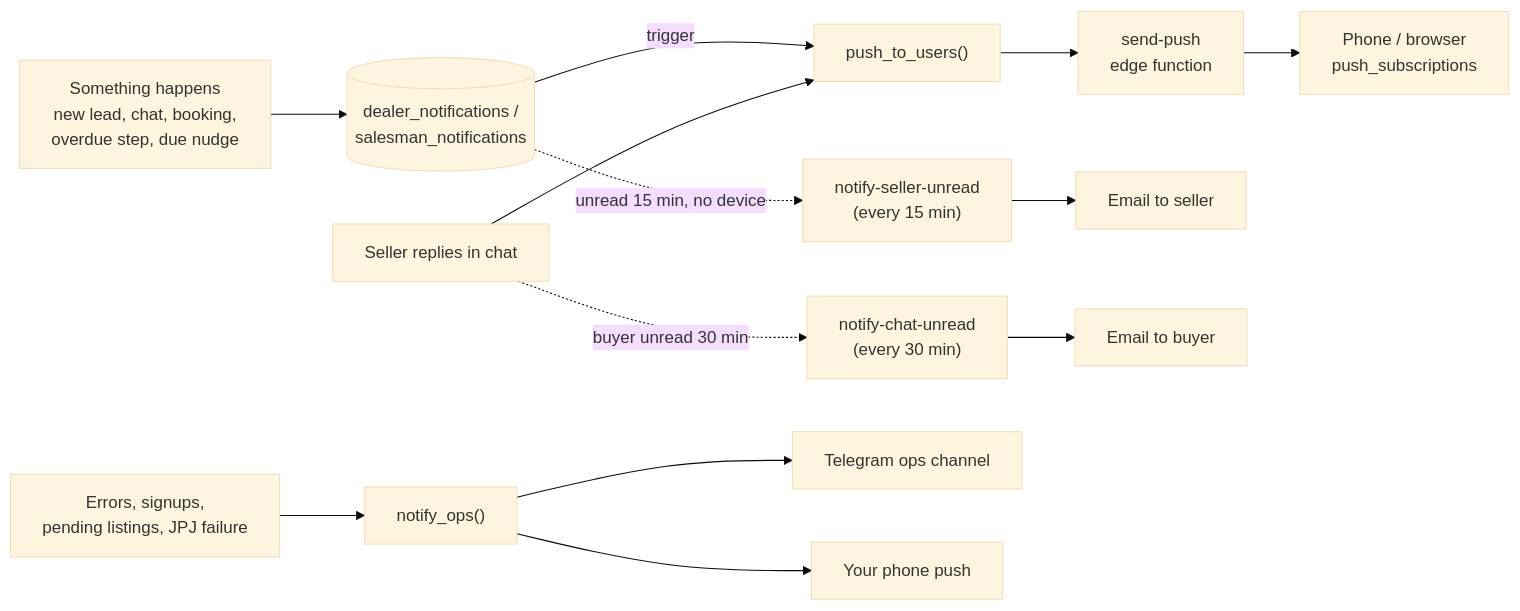
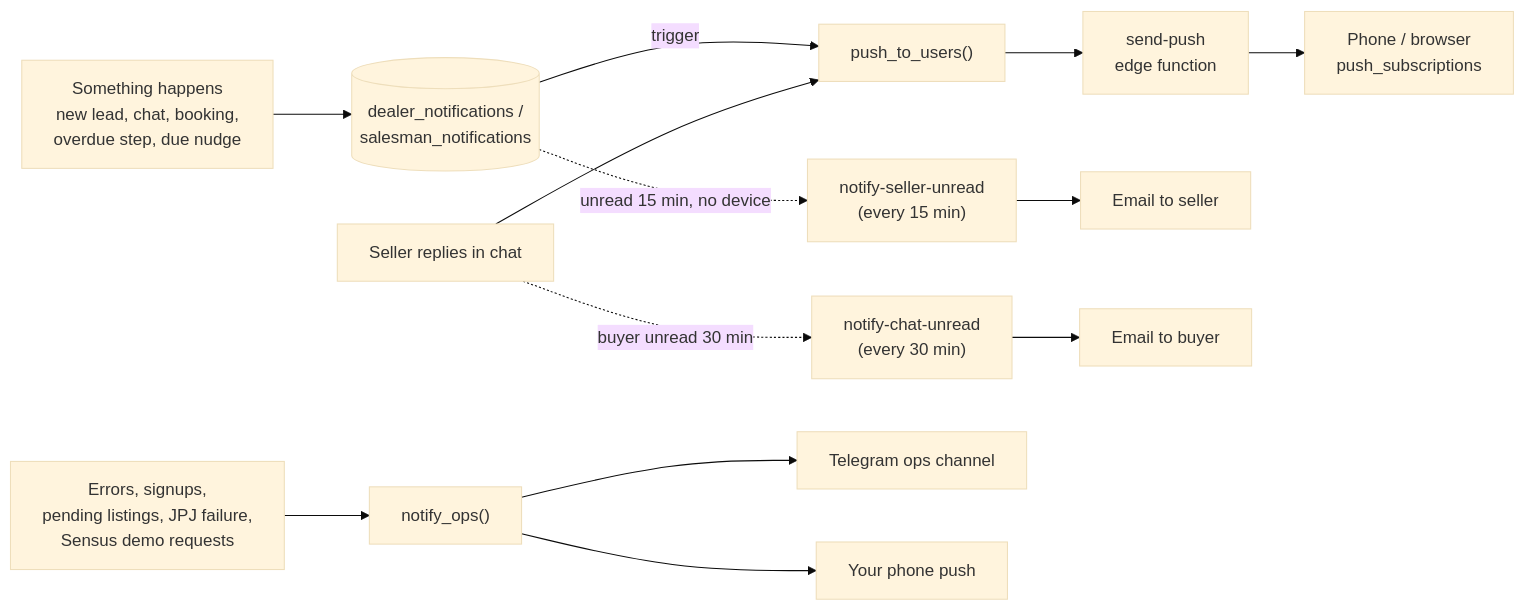
Before and after one commit to auzyvyth/ShiftOS: the third of 6 diagrams in docs/ARCHITECTURE.md, drawn with Mermaid (base theme). The commit also changed other lines of this file and 9 other files, not shown here.

First line of the commit message:
Sensus AI landing page at /sensus-ai with demo requests (SENSUS-1)

````diff
--- a/docs/ARCHITECTURE.md
+++ b/docs/ARCHITECTURE.md
@@ -131,12 +133,12 @@
 ```mermaid
 flowchart LR
   EV["Something happens<br/>new lead, chat, booking,<br/>overdue step, due nudge"] --> N[("dealer_notifications /<br/>salesman_notifications")]
   N -->|trigger| P["push_to_users()"]
   P --> SP["send-push<br/>edge function"] --> DEV["Phone / browser<br/>push_subscriptions"]
 
   N -.->|unread 15 min, no device| SU["notify-seller-unread<br/>(every 15 min)"] --> M1[Email to seller]
   CR["Seller replies in chat"] --> P
   CR -.->|buyer unread 30 min| CU["notify-chat-unread<br/>(every 30 min)"] --> M2[Email to buyer]
 
-  OPS["Errors, signups,<br/>pending listings, JPJ failure"] --> NO["notify_ops()"] --> TG[Telegram ops channel] & AP[Your phone push]
+  OPS["Errors, signups,<br/>pending listings, JPJ failure,<br/>Sensus demo requests"] --> NO["notify_ops()"] --> TG[Telegram ops channel] & AP[Your phone push]
 ```
````
